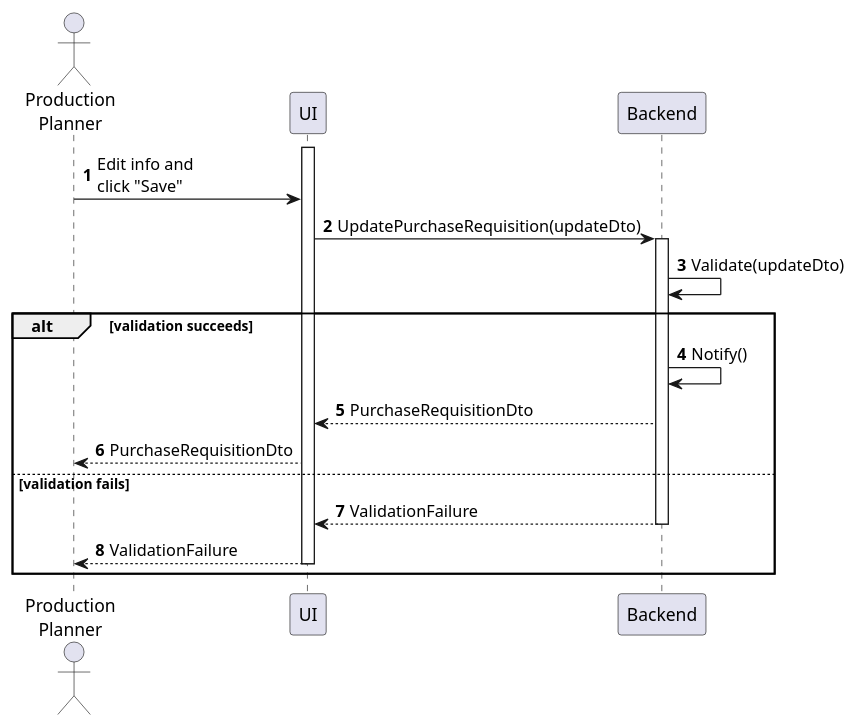
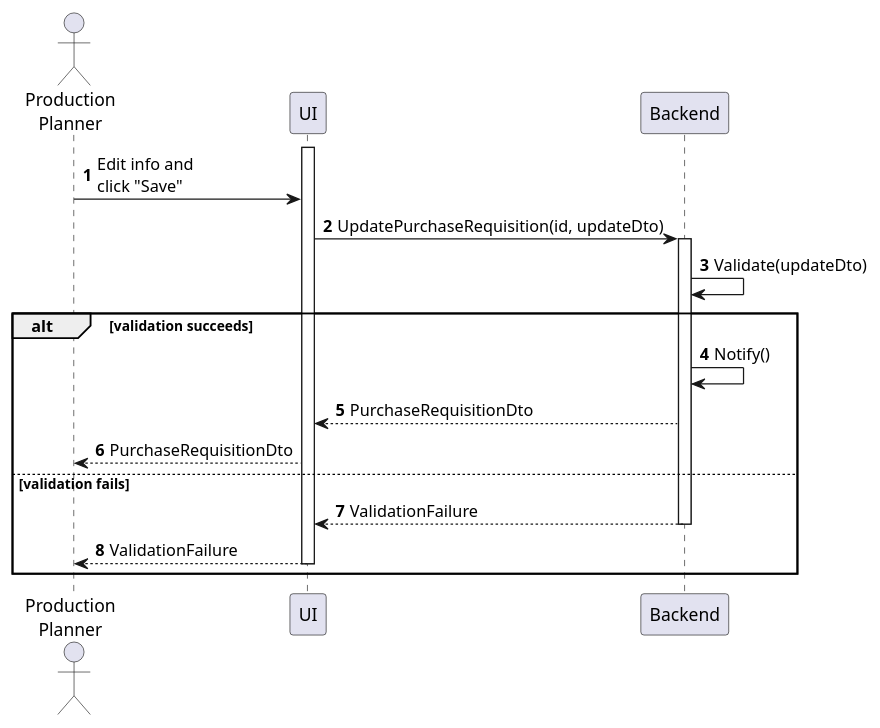
The diagram in sequences/purchase-requisition-update.plantuml (phihungha/scmss-reqs), drawn with PlantUML before and after one commit. The commit also changed 19 other files, not shown here.

```diff
--- a/sequences/purchase-requisition-update.plantuml
+++ b/sequences/purchase-requisition-update.plantuml
@@ -1,23 +1,23 @@
 @startuml purchase-requisition-update
 autonumber
 
 actor "Production\nPlanner" as a
 participant UI as f
 participant Backend as b
 
 activate f
 a -> f : Edit info and\nclick "Save"
-f -> b : UpdatePurchaseRequisition(updateDto)
+f -> b : UpdatePurchaseRequisition(id, updateDto)
 activate b
 b -> b : Validate(updateDto)
 
 alt validation succeeds
     b -> b : Notify()
     b --> f : PurchaseRequisitionDto
     f --> a : PurchaseRequisitionDto
 else validation fails
     return ValidationFailure
     f --> a : ValidationFailure
     deactivate f
 end
 @enduml
```
